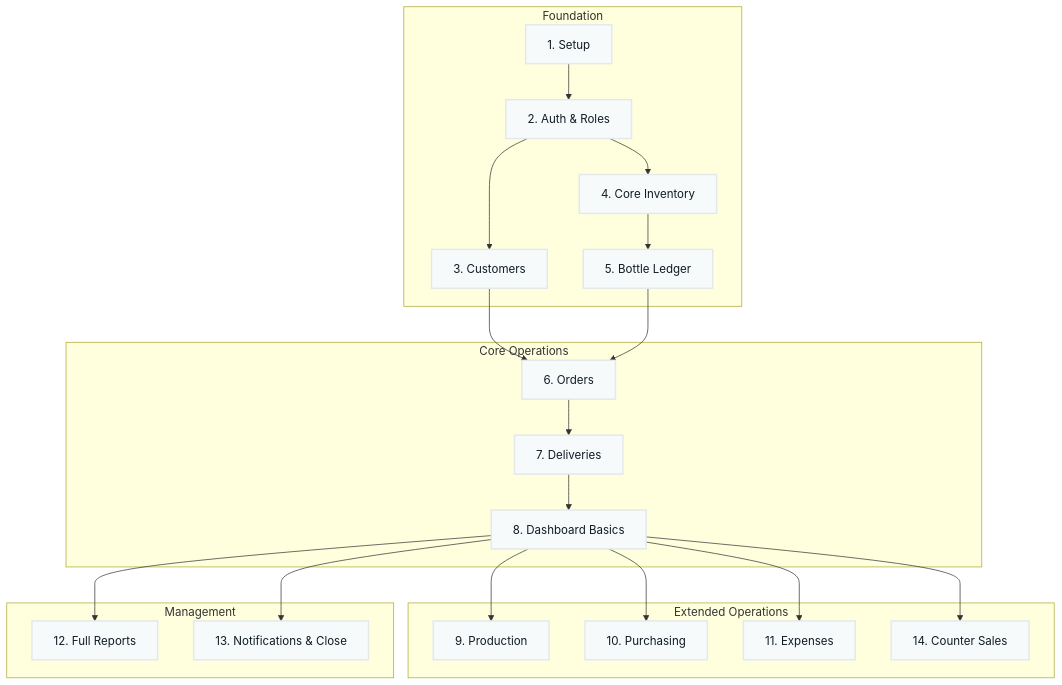
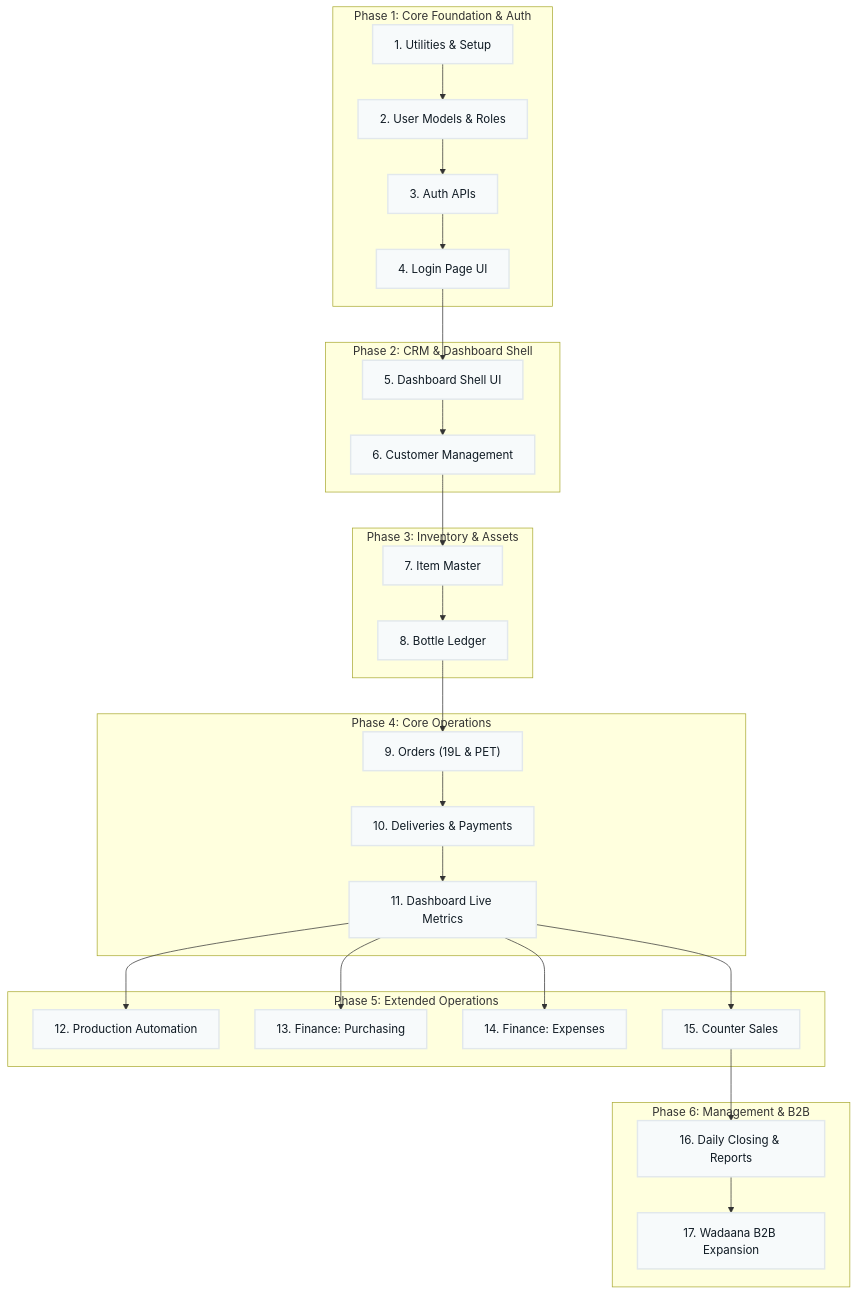
One commit to ehtisham-hashim/AquaSphere changed the diagram in context/phases.md. Above: the diagram before and after it, drawn with Mermaid. The commit also changed other lines of this file and 12 other files, not shown here.

````diff
--- a/context/phases.md
+++ b/context/phases.md
@@ -7,30 +5,38 @@
 ```mermaid
 flowchart TD
-    subgraph Foundation
-        P1[1. Setup] --> P2[2. Auth & Roles]
-        P2 --> P3[3. Customers]
-        P2 --> P4[4. Core Inventory]
-        P4 --> P5[5. Bottle Ledger]
+    subgraph Phase1 [Phase 1: Core Foundation & Auth]
+        P1["1. Utilities & Setup"] --> P2["2. User Models & Roles"]
+        P2 --> P3["3. Auth APIs"]
+        P3 --> P4["4. Login Page UI"]
     end
     
-    subgraph Core Operations
-        P3 --> P6[6. Orders]
-        P5 --> P6
-        P6 --> P7[7. Deliveries]
-        P7 --> P8[8. Dashboard Basics]
+    subgraph Phase2 [Phase 2: CRM & Dashboard Shell]
+        P4 --> P5["5. Dashboard Shell UI"]
+        P5 --> P6["6. Customer Management"]
     end
     
-    subgraph Extended Operations
-        P8 --> P9[9. Production]
-        P8 --> P10[10. Purchasing]
-        P8 --> P11[11. Expenses]
-        P8 --> P14[14. Counter Sales]
+    subgraph Phase3 [Phase 3: Inventory & Assets]
+        P6 --> P7["7. Item Master"]
+        P7 --> P8["8. Bottle Ledger"]
     end
     
-    subgraph Management
-        P8 --> P12[12. Full Reports]
-        P8 --> P13[13. Notifications & Close]
+    subgraph Phase4 [Phase 4: Core Operations]
+        P8 --> P9["9. Orders (19L & PET)"]
+        P9 --> P10["10. Deliveries & Payments"]
+        P10 --> P11["11. Dashboard Live Metrics"]
+    end
+    
+    subgraph Phase5 [Phase 5: Extended Operations]
+        P11 --> P12["12. Production Automation"]
+        P11 --> P13["13. Finance: Purchasing"]
+        P11 --> P14["14. Finance: Expenses"]
+        P11 --> P15["15. Counter Sales"]
+    end
+    
+    subgraph Phase6 [Phase 6: Management & B2B]
+        P15 --> P16["16. Daily Closing & Reports"]
+        P16 --> P17["17. Wadaana B2B Expansion"]
     end
     
     classDef default fill:#F7FAFB,stroke:#E2E8EC,stroke-width:2px,color:#101B24;
 ```
````
